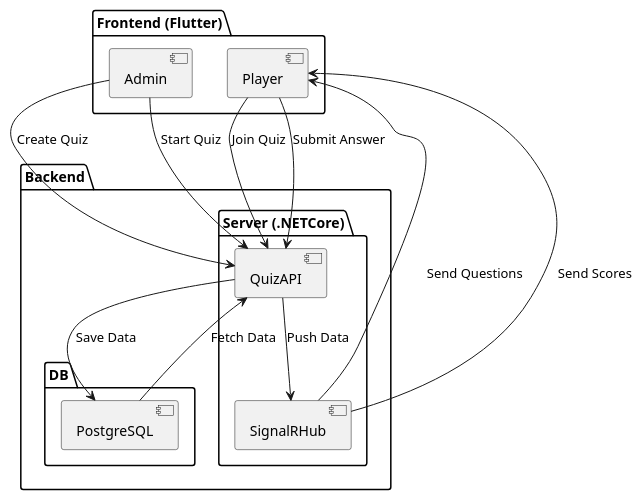
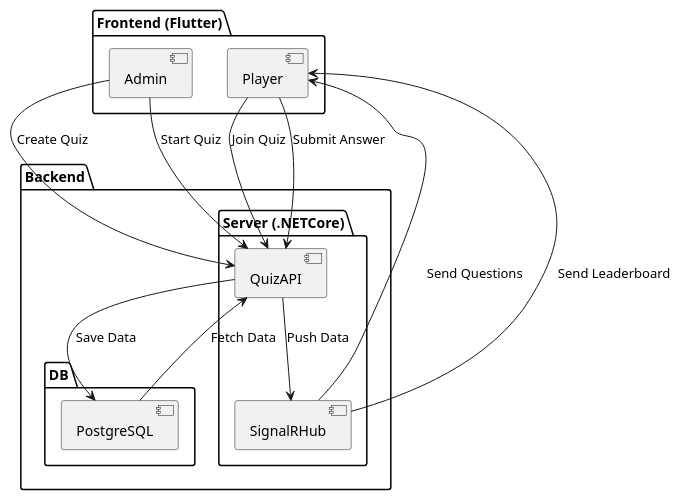
The diagram in diagrams/component.iuml (quango2304/realtime_quiz_system), drawn with PlantUML before and after one commit. The commit also changed 11 other files, not shown here.

Commit message:
refactor diagramsadd document

```diff
--- a/diagrams/component.iuml
+++ b/diagrams/component.iuml
@@ -1,29 +1,29 @@
 @startuml RealTimeQuizSystemArchitecture
 
 package "Frontend (Flutter)" {
   [Admin] 
   [Player]
 }
 
 package "Backend" {
   package "Server (.NETCore)" {
     [QuizAPI] 
     [SignalRHub] 
   }
 
   package "DB" {
     [PostgreSQL] 
   }
 }
 
 Admin --> QuizAPI : "Create Quiz"
 Admin --> QuizAPI : "Start Quiz"
 Player --> QuizAPI : "Join Quiz"
 Player --> QuizAPI : "Submit Answer"
 QuizAPI --> PostgreSQL : "Save Data"
 PostgreSQL --> QuizAPI : "Fetch Data"
 QuizAPI --> SignalRHub : "Push Data"
 SignalRHub --> Player : "Send Questions"
-SignalRHub --> Player : "Send Scores"
+SignalRHub --> Player : "Send Leaderboard"
 
 @enduml
```
